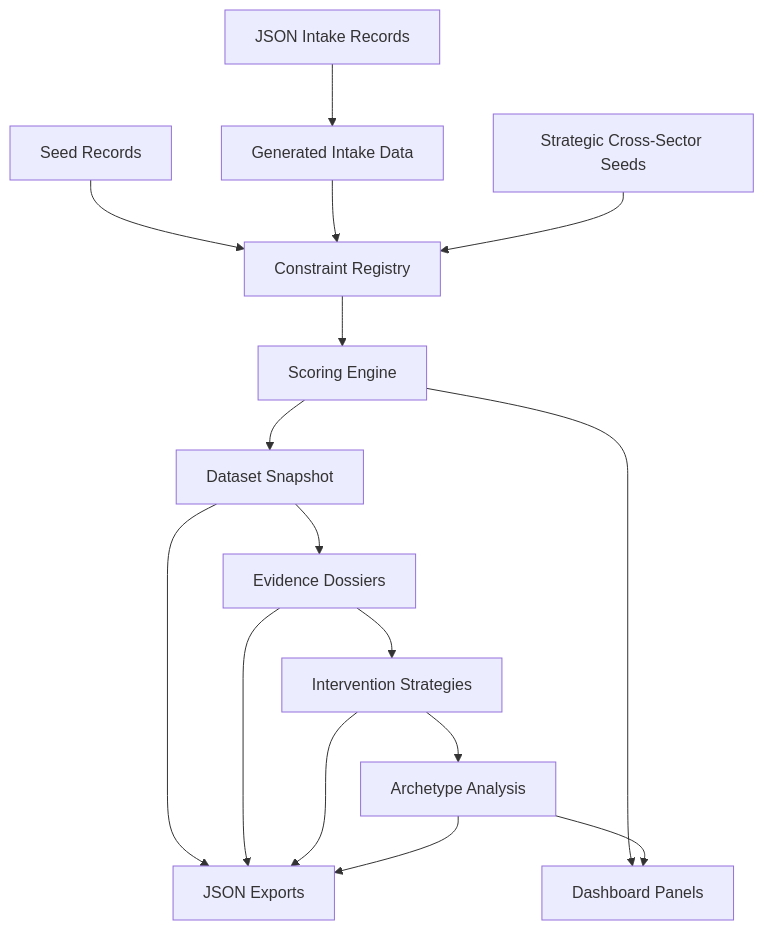
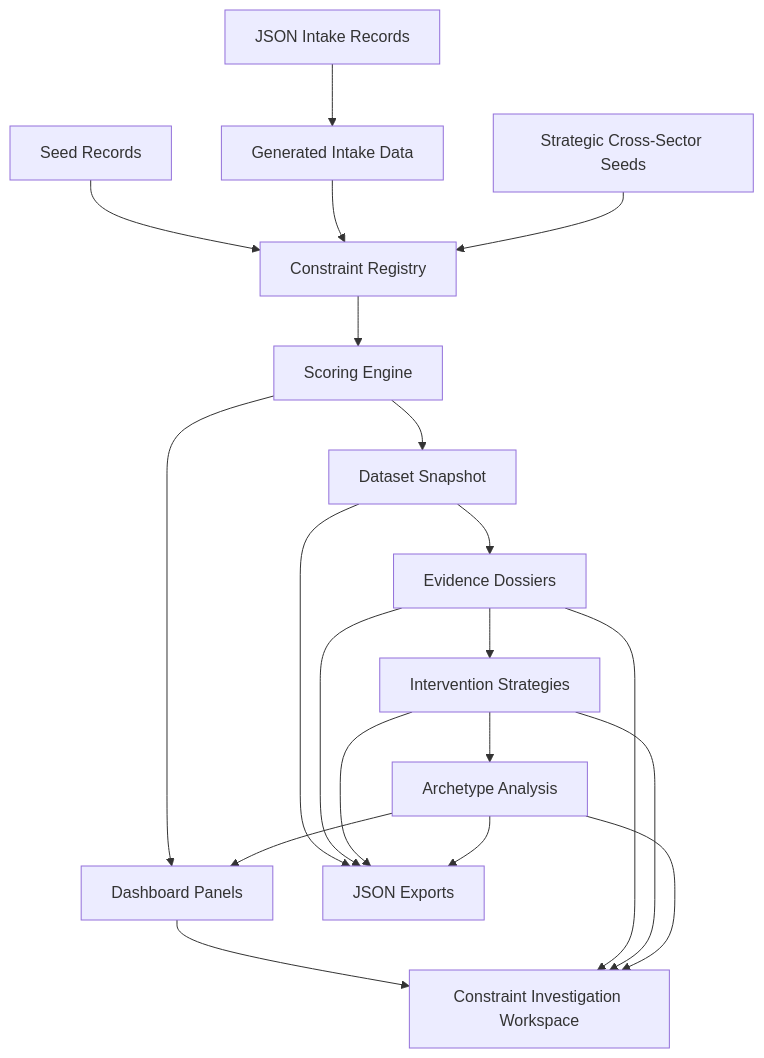
One commit to EtherTabu/economic-x-ray-vision changed the diagram in README.md. Above: the diagram before and after it, drawn with Mermaid. The commit also changed other lines of this file and 7 other files, not shown here.

Commit message:
Add constraint investigation workspace

````diff
--- a/README.md
+++ b/README.md
@@ -79,18 +81,22 @@
 ```mermaid
 flowchart TD
   A["Seed Records"] --> C["Constraint Registry"]
   B["JSON Intake Records"] --> D["Generated Intake Data"]
   D --> C
   E["Strategic Cross-Sector Seeds"] --> C
   C --> F["Scoring Engine"]
   F --> G["Dataset Snapshot"]
   G --> H["Evidence Dossiers"]
   H --> I["Intervention Strategies"]
   I --> J["Archetype Analysis"]
   F --> K["Dashboard Panels"]
+  K --> M["Constraint Investigation Workspace"]
+  H --> M
+  I --> M
+  J --> M
   G --> L["JSON Exports"]
   H --> L
   I --> L
   J --> L
   J --> K
 ```
````
